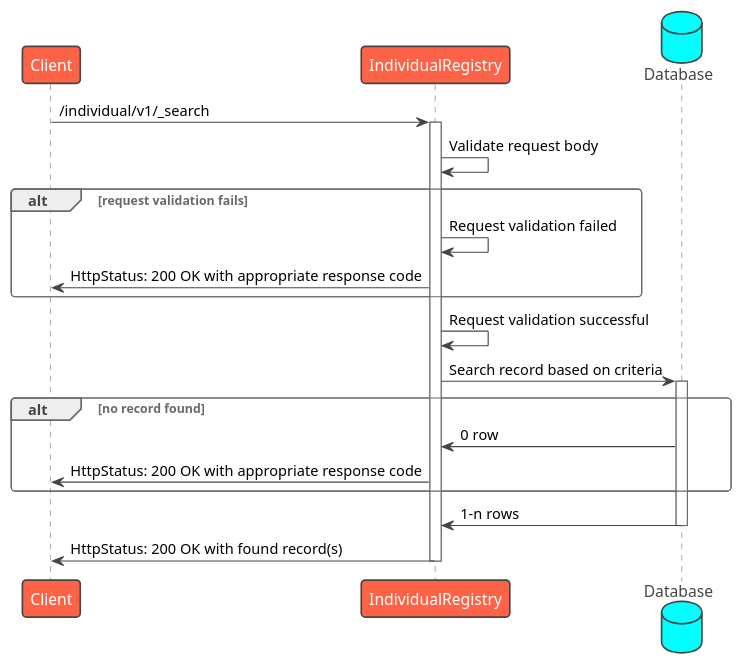
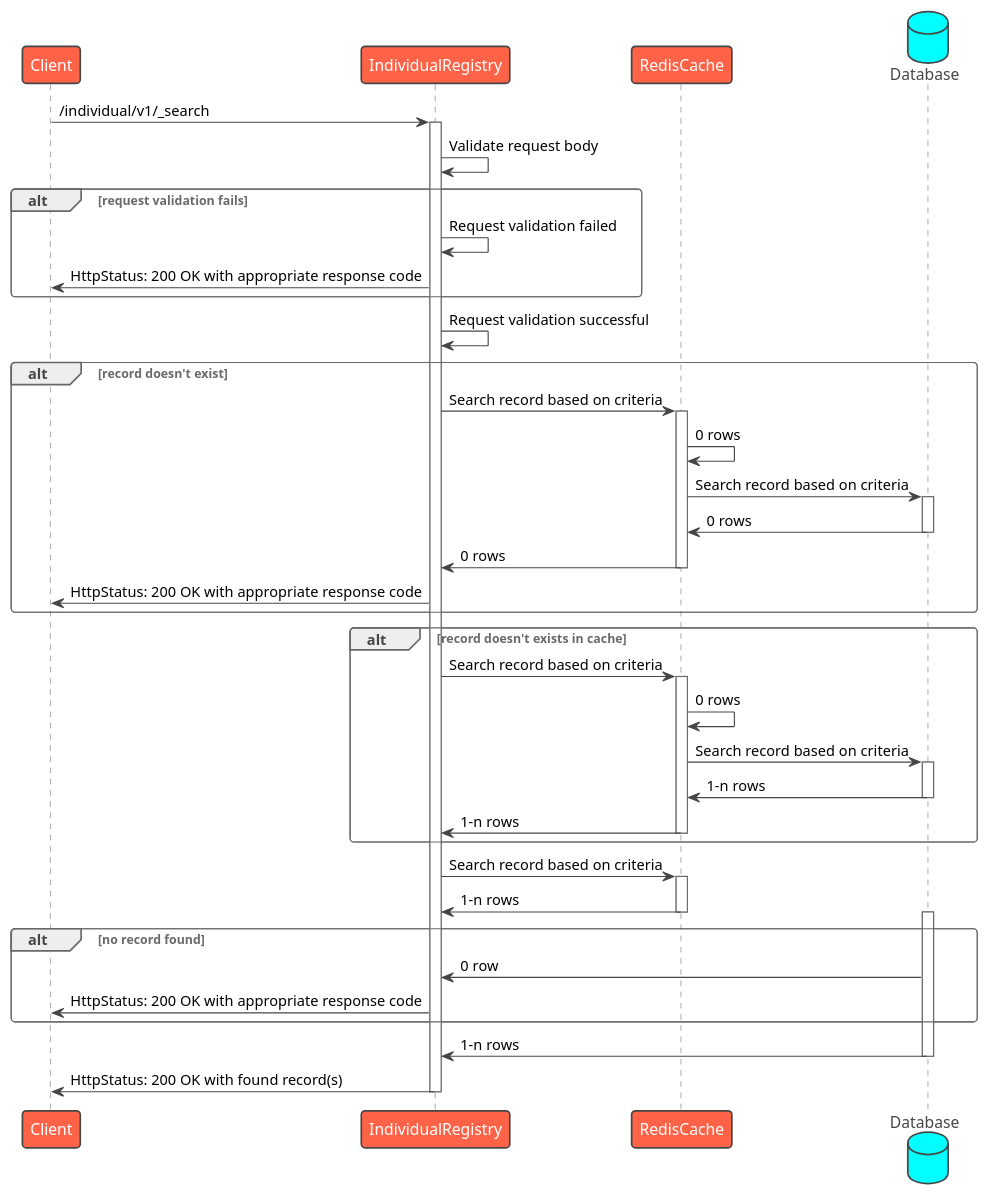
One commit to egovernments/health-api-specs changed the diagram in contracts/registries/individual/sequence/search.puml. Above: the diagram before and after it, drawn with PlantUML. The commit also changed 5 other files, not shown here.

Commit message:
Sequence: Added support for cache - Search in cache first

```diff
--- a/contracts/registries/individual/sequence/search.puml
+++ b/contracts/registries/individual/sequence/search.puml
@@ -1,24 +1,51 @@
 @startuml Individual Registry - Search
 !theme vibrant
 participant Client as c
 participant IndividualRegistry as ir
+participant RedisCache as rc
 database Database as db
 c -> ir : /individual/v1/_search
 activate ir
 ir -> ir: Validate request body
 alt request validation fails
     ir -> ir: Request validation failed
     ir -> c: HttpStatus: 200 OK with appropriate response code
 end
 ir -> ir: Request validation successful
-ir -> db: Search record based on criteria
+alt record doesn't exist
+    ir -> rc: Search record based on criteria
+    activate rc
+    rc -> rc: 0 rows
+    rc -> db: Search record based on criteria
+    activate db
+    db -> rc: 0 rows
+    deactivate db
+    rc -> ir: 0 rows
+    deactivate rc
+    ir -> c: HttpStatus: 200 OK with appropriate response code
+end
+alt record doesn't exists in cache
+    ir -> rc: Search record based on criteria
+    activate rc
+    rc -> rc: 0 rows
+    rc -> db: Search record based on criteria
+    activate db
+    db -> rc: 1-n rows
+    deactivate db
+    rc -> ir: 1-n rows
+    deactivate rc
+end
+ir -> rc: Search record based on criteria
+activate rc
+rc -> ir: 1-n rows
+deactivate rc
 alt no record found
     activate db
     db -> ir: 0 row
     ir -> c: HttpStatus: 200 OK with appropriate response code
 end
 db -> ir: 1-n rows
 deactivate db
 ir -> c: HttpStatus: 200 OK with found record(s)
 deactivate ir
 @enduml
```
